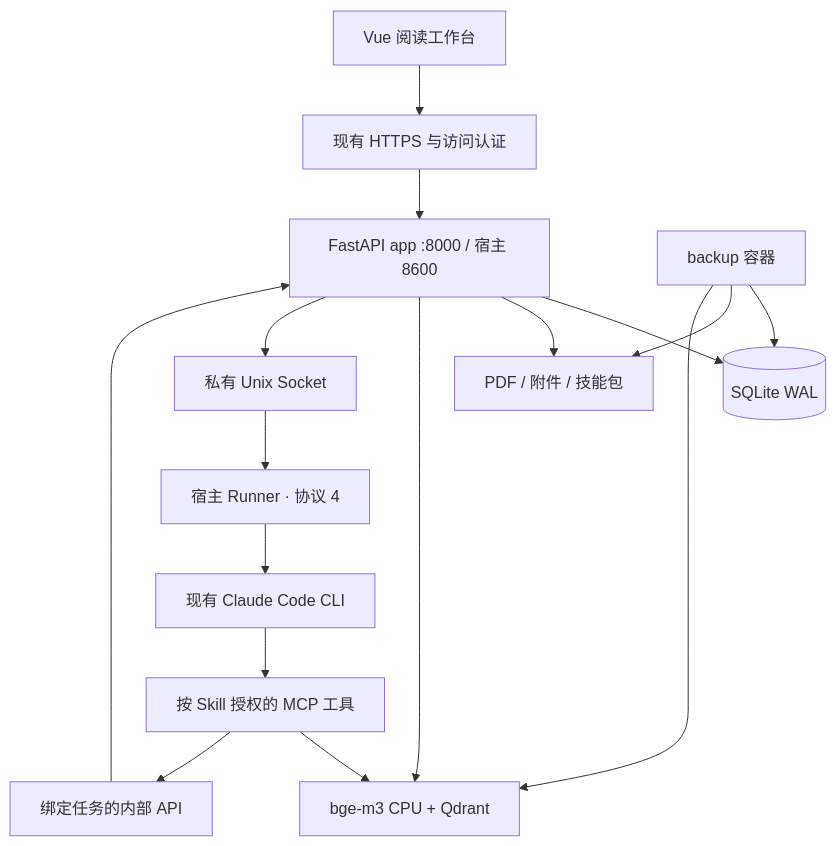
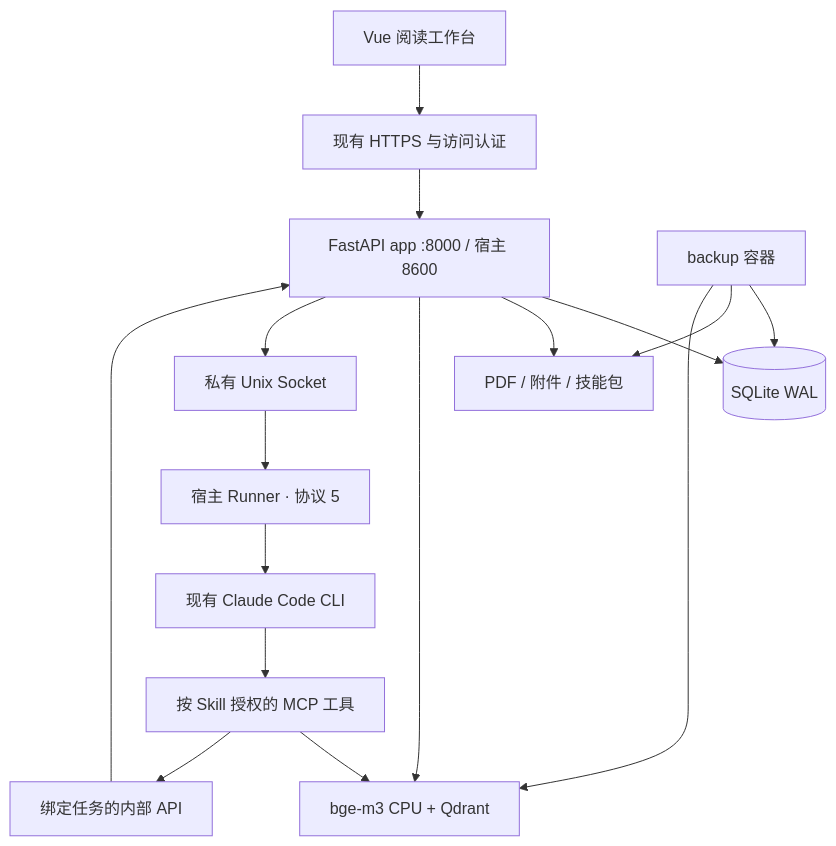
The diagram in docs/架构.md (FallrainKing/Firework), drawn with Mermaid before and after one commit. The commit also changed other lines of this file and 62 other files, not shown here.

````diff
--- a/docs/架构.md
+++ b/docs/架构.md
@@ -9,18 +9,18 @@
 ```mermaid
 flowchart TD
     Browser[Vue 阅读工作台] --> Access[现有 HTTPS 与访问认证]
     Access --> App[FastAPI app :8000 / 宿主 8600]
     App --> DB[(SQLite WAL)]
     App --> Files[PDF / 附件 / 技能包]
     App --> Retrieval[bge-m3 CPU + Qdrant]
     App --> Socket[私有 Unix Socket]
-    Socket --> Runner[宿主 Runner · 协议 4]
+    Socket --> Runner[宿主 Runner · 协议 5]
     Runner --> CLI[现有 Claude Code CLI]
     CLI --> Tools[按 Skill 授权的 MCP 工具]
     Tools --> Retrieval
     Tools --> Internal[绑定任务的内部 API]
     Internal --> App
     Backup[backup 容器] --> DB
     Backup --> Files
     Backup --> Retrieval
 ```
````
